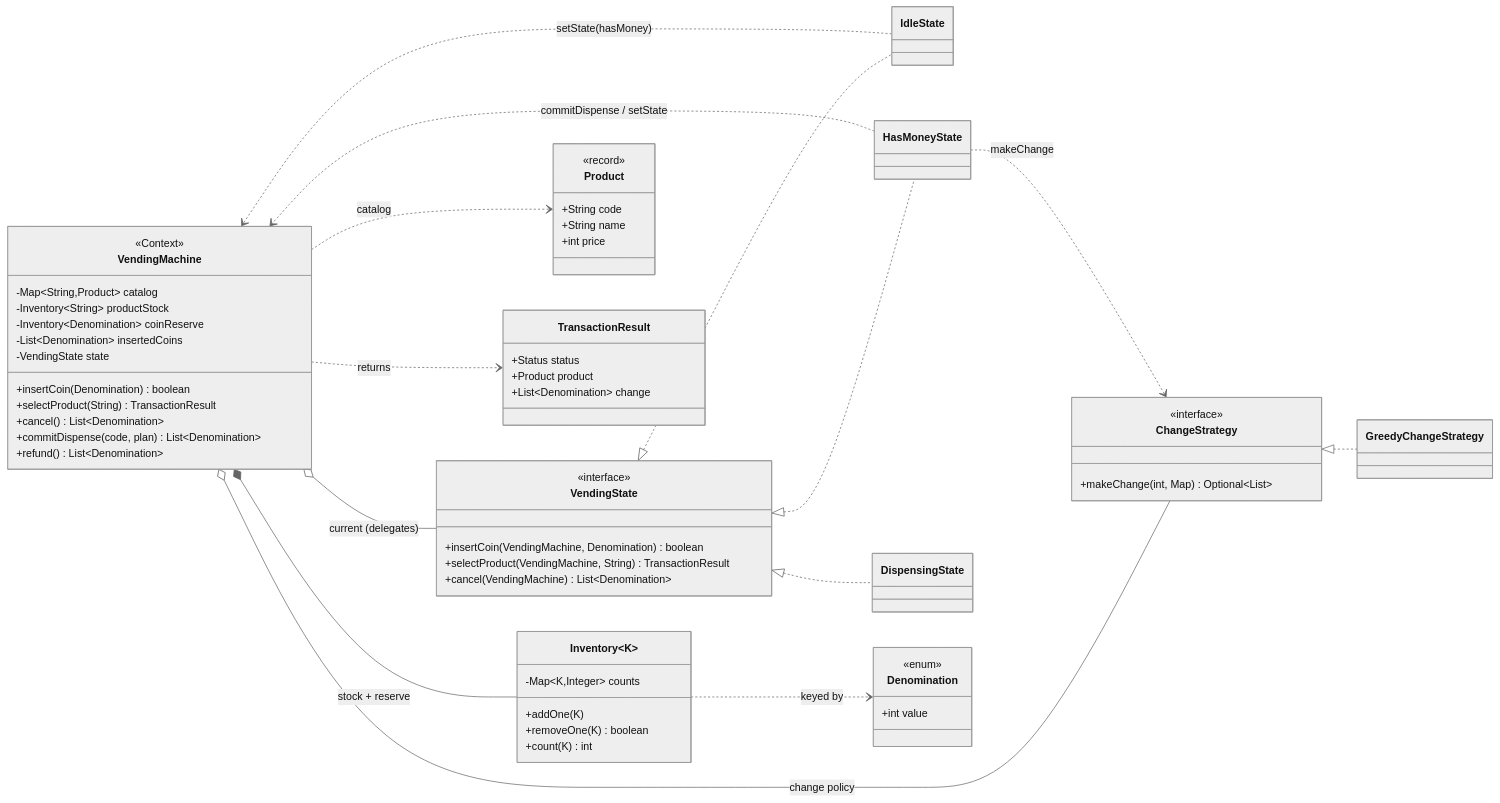
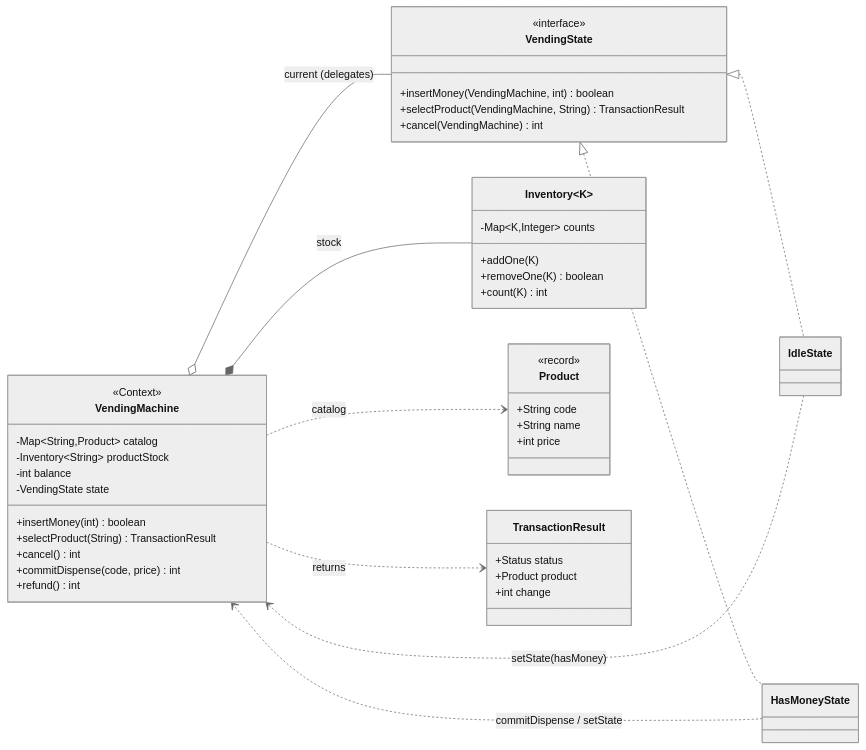
Before and after one commit to AlvinBAnerjee/Interview_and_Competitive_Programming: the diagram in src/MachineCoding_LLD/LLD_Interview_Problems/_02_Easy_VendingMachine/assets/class-diagram.mmd, drawn with Mermaid. The commit also changed 20 other files, not shown here.

First line of the commit message:
Simplify the Vending Machine solution to just the State pattern

```diff
--- a/src/MachineCoding_LLD/LLD_Interview_Problems/_02_Easy_VendingMachine/assets/class-diagram.mmd
+++ b/src/MachineCoding_LLD/LLD_Interview_Problems/_02_Easy_VendingMachine/assets/class-diagram.mmd
@@ -1,71 +1,54 @@
 %%{init: {'theme':'neutral', 'themeVariables': {'fontSize':'15px'}, 'flowchart': {'curve':'basis'}}}%%
 classDiagram
     direction LR
 
     class VendingMachine {
         <<Context>>
         -Map~String,Product~ catalog
         -Inventory~String~ productStock
-        -Inventory~Denomination~ coinReserve
-        -List~Denomination~ insertedCoins
+        -int balance
         -VendingState state
-        +insertCoin(Denomination) boolean
+        +insertMoney(int) boolean
         +selectProduct(String) TransactionResult
-        +cancel() List~Denomination~
-        +commitDispense(code, plan) List~Denomination~
-        +refund() List~Denomination~
+        +cancel() int
+        +commitDispense(code, price) int
+        +refund() int
     }
 
     class VendingState {
         <<interface>>
-        +insertCoin(VendingMachine, Denomination) boolean
+        +insertMoney(VendingMachine, int) boolean
         +selectProduct(VendingMachine, String) TransactionResult
-        +cancel(VendingMachine) List~Denomination~
+        +cancel(VendingMachine) int
     }
     class IdleState
     class HasMoneyState
-    class DispensingState
-
-    class ChangeStrategy {
-        <<interface>>
-        +makeChange(int, Map) Optional~List~
-    }
-    class GreedyChangeStrategy
 
     class Inventory~K~ {
         -Map~K,Integer~ counts
         +addOne(K)
         +removeOne(K) boolean
         +count(K) int
     }
     class Product {
         <<record>>
         +String code
         +String name
         +int price
     }
-    class Denomination {
-        <<enum>>
-        +int value
-    }
     class TransactionResult {
         +Status status
         +Product product
-        +List~Denomination~ change
+        +int change
     }
 
     VendingState <|.. IdleState
     VendingState <|.. HasMoneyState
-    VendingState <|.. DispensingState
-    ChangeStrategy <|.. GreedyChangeStrategy
 
     VendingMachine o-- VendingState : current (delegates)
-    VendingMachine o-- ChangeStrategy : change policy
-    VendingMachine *-- Inventory : stock + reserve
+    VendingMachine *-- Inventory : stock
     VendingMachine ..> Product : catalog
     VendingMachine ..> TransactionResult : returns
 
     IdleState ..> VendingMachine : setState(hasMoney)
     HasMoneyState ..> VendingMachine : commitDispense / setState
-    HasMoneyState ..> ChangeStrategy : makeChange
-    Inventory ..> Denomination : keyed by
```
